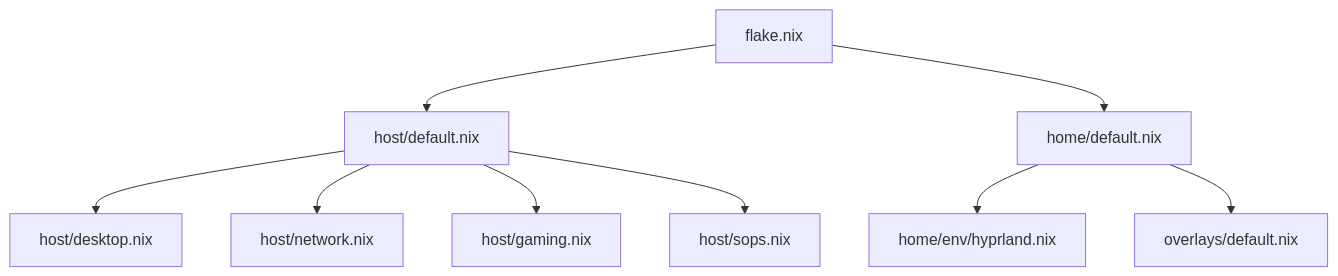
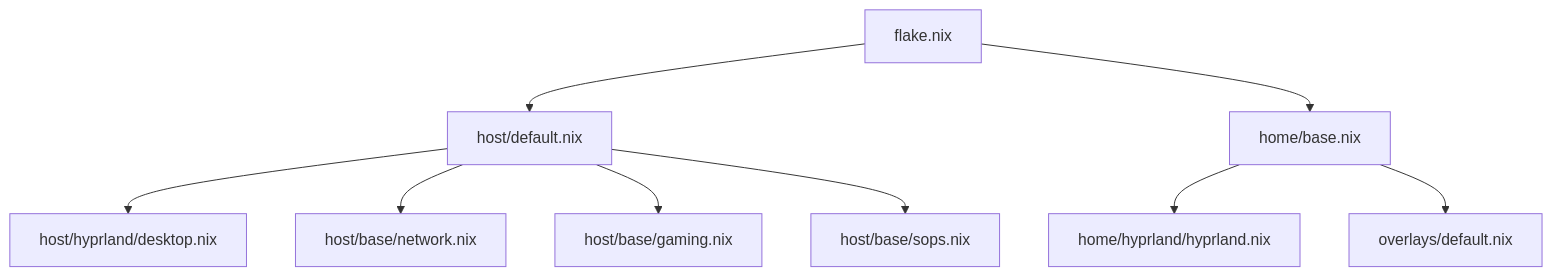
Before and after one commit to Shangshui0302/myNixOSConfig: the first of 2 diagrams in wiki/overview.md, drawn with Mermaid. The commit also changed other lines of this file and 53 other files, not shown here.

````diff
--- a/wiki/overview.md
+++ b/wiki/overview.md
@@ -42,11 +42,11 @@
 ```mermaid
 graph TB
 A["flake.nix"] --> B["host/default.nix"]
-A --> C["home/default.nix"]
-B --> D["host/desktop.nix"]
-B --> E["host/network.nix"]
-B --> F["host/gaming.nix"]
-B --> G["host/sops.nix"]
-C --> H["home/env/hyprland.nix"]
+A --> C["home/base.nix"]
+B --> D["host/hyprland/desktop.nix"]
+B --> E["host/base/network.nix"]
+B --> F["host/base/gaming.nix"]
+B --> G["host/base/sops.nix"]
+C --> H["home/hyprland/hyprland.nix"]
 C --> I["overlays/default.nix"]
 ```
````
